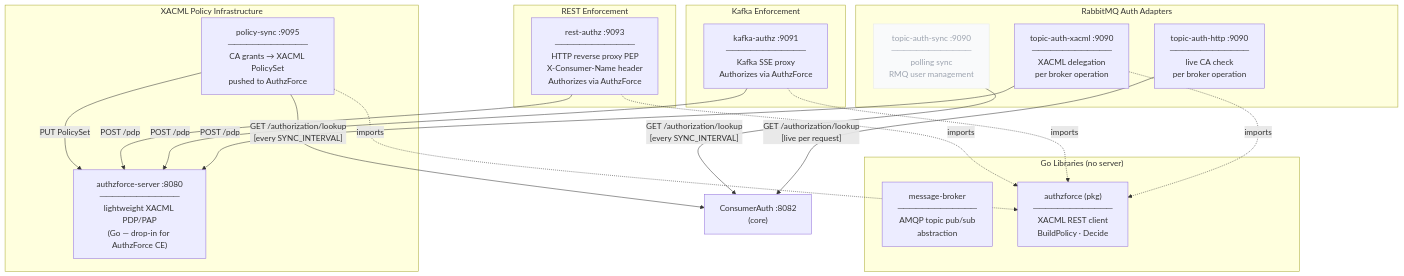
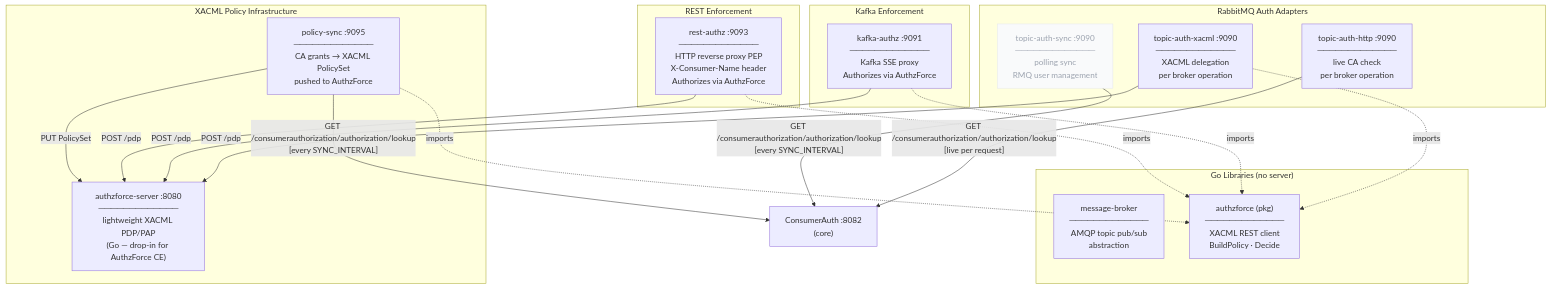
The first of 6 diagrams in support/DIAGRAMS.md (ulfbod/Arrowhead-experimental-core-systems), drawn with Mermaid before and after one commit. The commit also changed other lines of this file and 183 other files, not shown here.

````diff
--- a/support/DIAGRAMS.md
+++ b/support/DIAGRAMS.md
@@ -7,42 +7,42 @@
 ```mermaid
 graph TD
     subgraph libs["Go Libraries (no server)"]
         MB["message-broker\n─────────────\nAMQP topic pub/sub\nabstraction"]
         AZL["authzforce (pkg)\n─────────────\nXACML REST client\nBuildPolicy · Decide"]
     end
 
     subgraph rmq_adapters["RabbitMQ Auth Adapters"]
         TAH["topic-auth-http :9090\n─────────────\nlive CA check\nper broker operation"]
         TAS["topic-auth-sync :9090\n─────────────\npolling sync\nRMQ user management"]
         TAX["topic-auth-xacml :9090\n─────────────\nXACML delegation\nper broker operation"]
     end
 
     subgraph xacml["XACML Policy Infrastructure"]
         AZS["authzforce-server :8080\n─────────────\nlightweight XACML PDP/PAP\n(Go — drop-in for AuthzForce CE)"]
         PS["policy-sync :9095\n─────────────\nCA grants → XACML PolicySet\npushed to AuthzForce"]
     end
 
     subgraph kafka["Kafka Enforcement"]
         KA["kafka-authz :9091\n─────────────\nKafka SSE proxy\nAuthorizes via AuthzForce"]
     end
 
     subgraph rest["REST Enforcement"]
         RA["rest-authz :9093\n─────────────\nHTTP reverse proxy PEP\nX-Consumer-Name header\nAuthorizes via AuthzForce"]
     end
 
-    TAH -->|"GET /authorization/lookup\n[live per request]"| CA_ext["ConsumerAuth :8082\n(core)"]
-    TAS -->|"GET /authorization/lookup\n[every SYNC_INTERVAL]"| CA_ext
-    PS  -->|"GET /authorization/lookup\n[every SYNC_INTERVAL]"| CA_ext
+    TAH -->|"GET /consumerauthorization/authorization/lookup\n[live per request]"| CA_ext["ConsumerAuth :8082\n(core)"]
+    TAS -->|"GET /consumerauthorization/authorization/lookup\n[every SYNC_INTERVAL]"| CA_ext
+    PS  -->|"GET /consumerauthorization/authorization/lookup\n[every SYNC_INTERVAL]"| CA_ext
 
     TAX -->|"POST /pdp"| AZS
     KA  -->|"POST /pdp"| AZS
     RA  -->|"POST /pdp"| AZS
     PS  -->|"PUT PolicySet"| AZS
 
     TAX -.->|imports| AZL
     KA  -.->|imports| AZL
     RA  -.->|imports| AZL
     PS  -.->|imports| AZL
 
     style TAS fill:#f9fafb,stroke:#e5e7eb,color:#9ca3af
 ```
````
